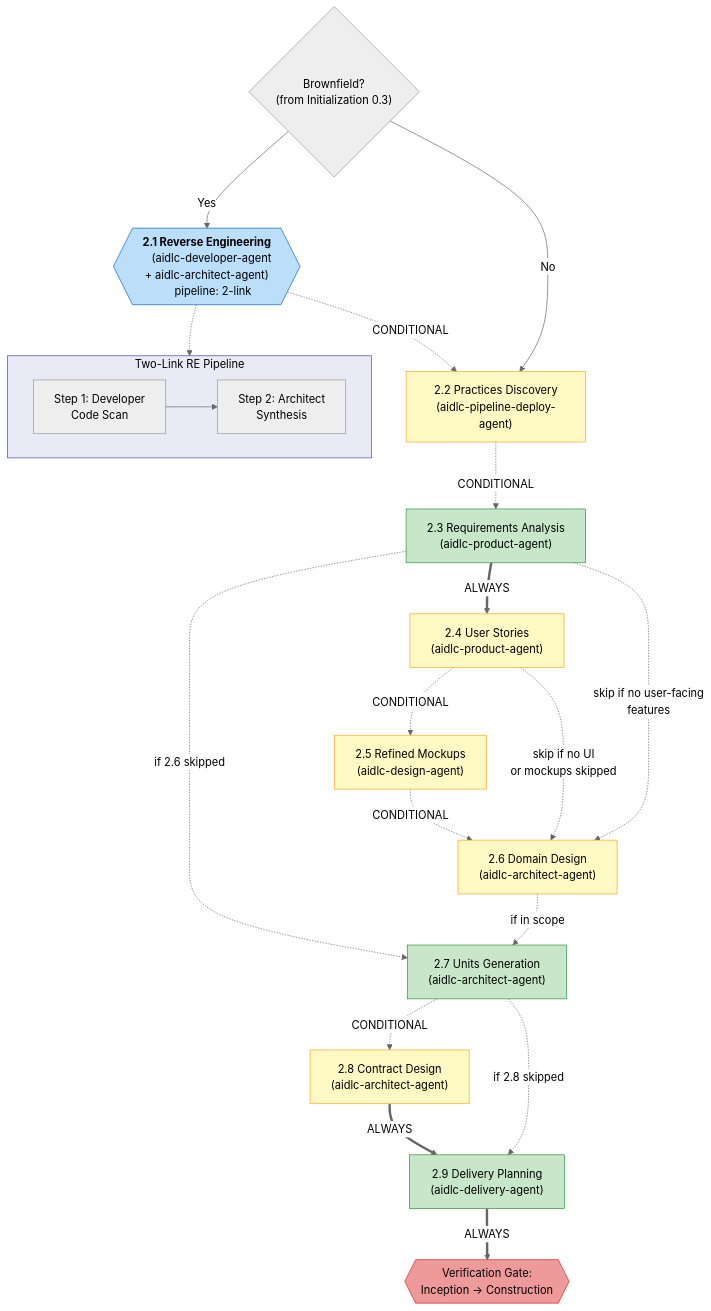
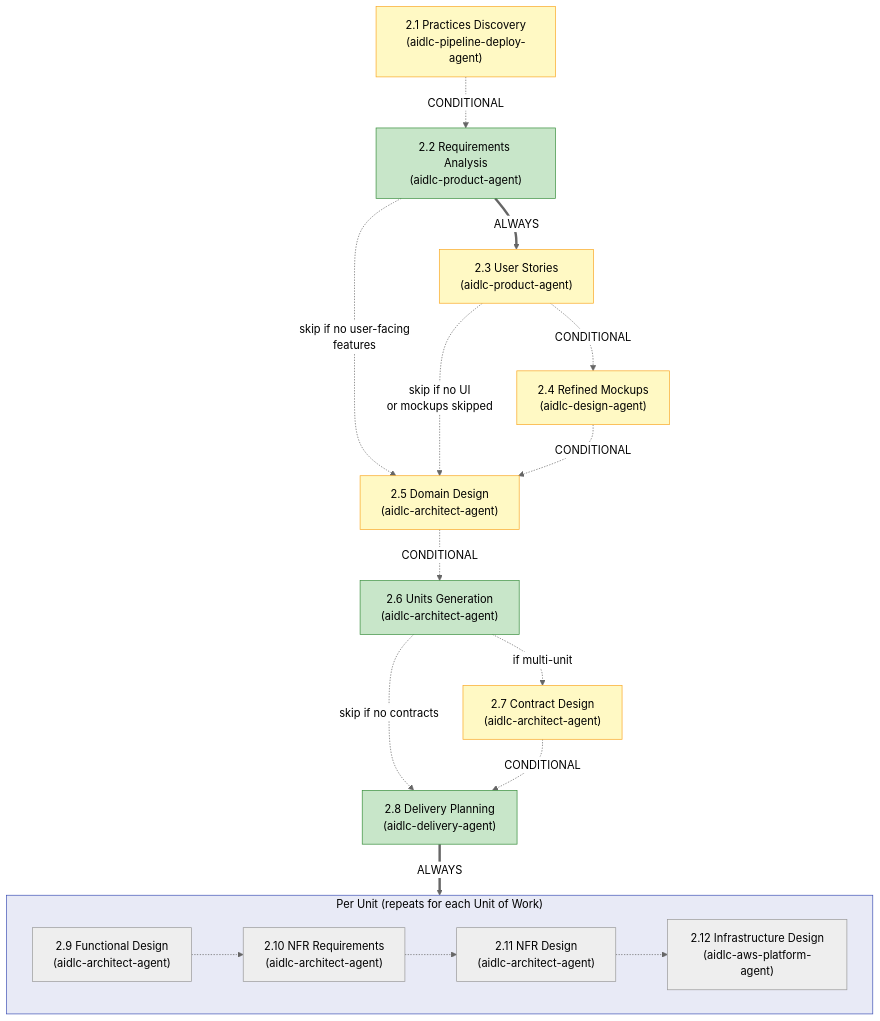
The third of 6 diagrams in docs/guide/04-phases-and-stages.md (devsoftx/aidlc-workflows), drawn with Mermaid (neutral theme) before and after one commit. The commit also changed other lines of this file and 34 other files, not shown here.

````diff
--- a/docs/guide/04-phases-and-stages.md
+++ b/docs/guide/04-phases-and-stages.md
@@ -179,52 +207,43 @@
 ```mermaid
 flowchart TD
-    S21{{"`**2.1 Reverse Engineering**<br/>    (aidlc-developer-agent + aidlc-architect-agent)<br/>    pipeline: 2-link`"}}
-    S2P["2.2 Practices Discovery\n(aidlc-pipeline-deploy-agent)"]
-    S22["2.3 Requirements Analysis\n(aidlc-product-agent)"]
-    S23["2.4 User Stories\n(aidlc-product-agent)"]
-    S24["2.5 Refined Mockups\n(aidlc-design-agent)"]
-    S25["2.6 Domain Design\n(aidlc-architect-agent)"]
-    S26["2.7 Units Generation\n(aidlc-architect-agent)"]
-    S2C["2.8 Contract Design\n(aidlc-architect-agent)"]
-    S27["2.9 Delivery Planning\n(aidlc-delivery-agent)"]
-    VG2{{"Verification Gate:\nInception → Construction"}}
+    S21["2.1 Practices Discovery\n(aidlc-pipeline-deploy-agent)"]
+    S22["2.2 Requirements Analysis\n(aidlc-product-agent)"]
+    S23["2.3 User Stories\n(aidlc-product-agent)"]
+    S24["2.4 Refined Mockups\n(aidlc-design-agent)"]
+    S25["2.5 Domain Design\n(aidlc-architect-agent)"]
+    S26["2.6 Units Generation\n(aidlc-architect-agent)"]
+    S27["2.7 Contract Design\n(aidlc-architect-agent)"]
+    S28["2.8 Delivery Planning\n(aidlc-delivery-agent)"]
 
-    BF_CHECK{"Brownfield?\n(from Initialization 0.3)"}
-    BF_CHECK -->|Yes| S21
-    BF_CHECK -->|No| S2P
-    S21 -.->|CONDITIONAL| S2P
-    S2P -.->|CONDITIONAL| S22
-
-    subgraph RE_DETAIL["Two-Link RE Pipeline"]
-        direction LR
-        DEV_SCAN["Step 1: Developer\nCode Scan"]
-        ARCH_SYNTH["Step 2: Architect\nSynthesis"]
-        DEV_SCAN --> ARCH_SYNTH
+    subgraph PER_UNIT["Per Unit (repeats for each Unit of Work)"]
+        S29["2.9 Functional Design\n(aidlc-architect-agent)"]
+        S210["2.10 NFR Requirements\n(aidlc-architect-agent)"]
+        S211["2.11 NFR Design\n(aidlc-architect-agent)"]
+        S212["2.12 Infrastructure Design\n(aidlc-aws-platform-agent)"]
+        S29 -.-> S210
+        S210 -.-> S211
+        S211 -.-> S212
     end
 
-    S21 -.-> RE_DETAIL
-
+    S21 -.->|CONDITIONAL| S22
     S22 ==>|ALWAYS| S23
     S22 -.->|"skip if no user-facing\nfeatures"| S25
     S23 -.->|CONDITIONAL| S24
     S23 -.->|"skip if no UI\nor mockups skipped"| S25
     S24 -.->|CONDITIONAL| S25
-    S25 -.->|"if in scope"| S26
-    S22 -.->|"if 2.6 skipped"| S26
-    S26 -.->|CONDITIONAL| S2C
-    S26 -.->|"if 2.8 skipped"| S27
-    S2C ==>|ALWAYS| S27
-    S27 ==>|ALWAYS| VG2
+    S25 -.->|CONDITIONAL| S26
+    S26 -.->|"if multi-unit"| S27
+    S26 -.->|"skip if no contracts"| S28
+    S27 -.->|CONDITIONAL| S28
+    S28 ==>|ALWAYS| PER_UNIT
 
-    style S21 fill:#bbdefb,stroke:#1565c0,color:#000
-    style S2P fill:#fff9c4,stroke:#f9a825,color:#000
+    style S21 fill:#fff9c4,stroke:#f9a825,color:#000
     style S22 fill:#c8e6c9,stroke:#388e3c,color:#000
     style S26 fill:#c8e6c9,stroke:#388e3c,color:#000
-    style S27 fill:#c8e6c9,stroke:#388e3c,color:#000
+    style S28 fill:#c8e6c9,stroke:#388e3c,color:#000
     style S23 fill:#fff9c4,stroke:#f9a825,color:#000
     style S24 fill:#fff9c4,stroke:#f9a825,color:#000
     style S25 fill:#fff9c4,stroke:#f9a825,color:#000
-    style S2C fill:#fff9c4,stroke:#f9a825,color:#000
-    style VG2 fill:#ef9a9a,stroke:#c62828,color:#000
-    style RE_DETAIL fill:#e8eaf6,stroke:#3f51b5,color:#000
+    style S27 fill:#fff9c4,stroke:#f9a825,color:#000
+    style PER_UNIT fill:#e8eaf6,stroke:#3f51b5,color:#000
 ```
````
